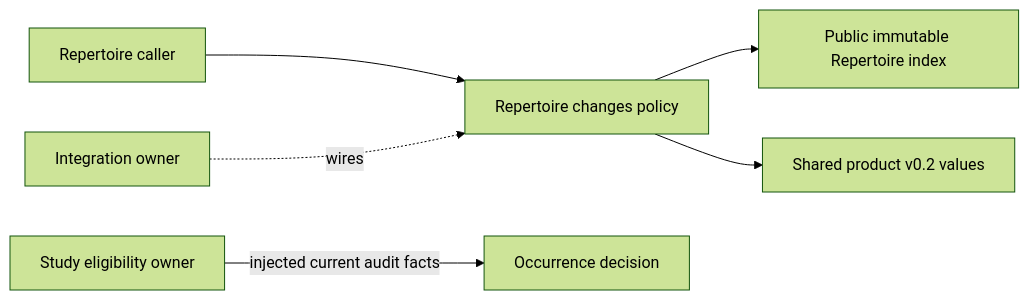
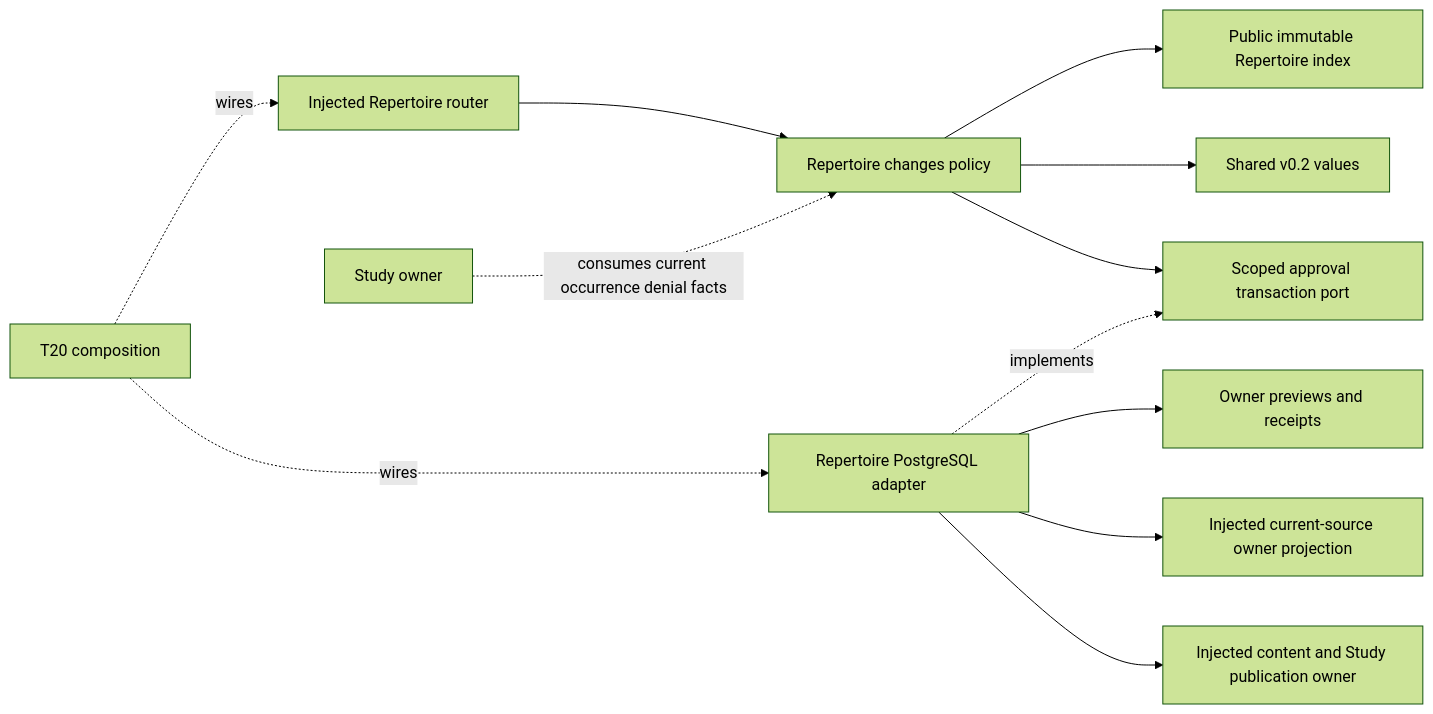
The second of 2 diagrams in backend/app/repertoire/changes/README.md (aaweaver-actuary/tempo), drawn with Mermaid (forest theme) before and after one commit. The commit also changed other lines of this file and 11 other files, not shown here.

Commit message:
feat(repertoire): bind approved changes to source and durable owner receipts

````diff
--- a/backend/app/repertoire/changes/README.md
+++ b/backend/app/repertoire/changes/README.md
@@ -11,8 +140,14 @@
 ```mermaid
 flowchart LR
-  Caller[Repertoire caller] --> Changes[Repertoire changes policy]
-  Changes --> Index[Public immutable Repertoire index]
-  Changes --> Contracts[Shared product v0.2 values]
-  Study[Study eligibility owner] -->|injected current audit facts| Eligibility[Occurrence decision]
-  Composition[Integration owner] -. wires .-> Changes
+  HTTP[Injected Repertoire router] --> Policy[Repertoire changes policy]
+  Policy --> Index[Public immutable Repertoire index]
+  Policy --> Values[Shared v0.2 values]
+  Policy --> Port[Scoped approval transaction port]
+  Adapter[Repertoire PostgreSQL adapter] -. implements .-> Port
+  Adapter --> Approval[Owner previews and receipts]
+  Adapter --> Reader[Injected current-source owner projection]
+  Adapter --> Publisher[Injected content and Study publication owner]
+  Composition[T20 composition] -. wires .-> HTTP
+  Composition -. wires .-> Adapter
+  Study[Study owner] -. consumes current occurrence denial facts .-> Policy
 ```
````
